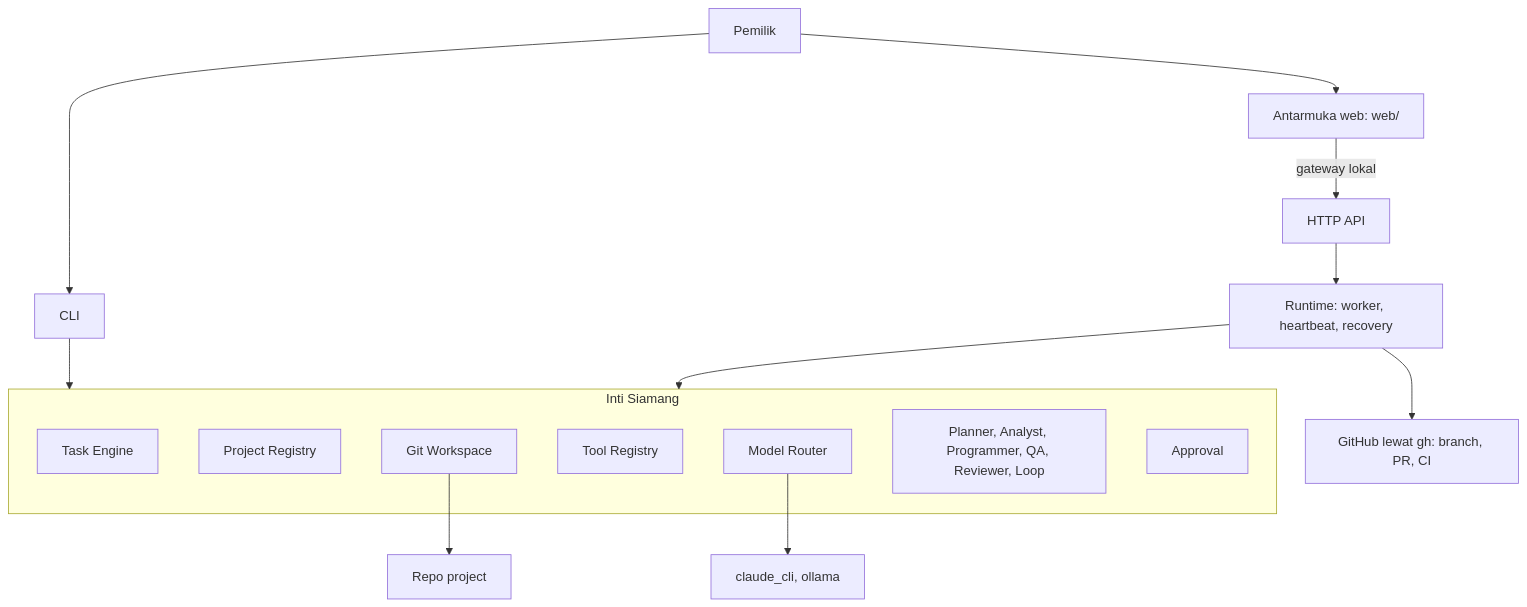
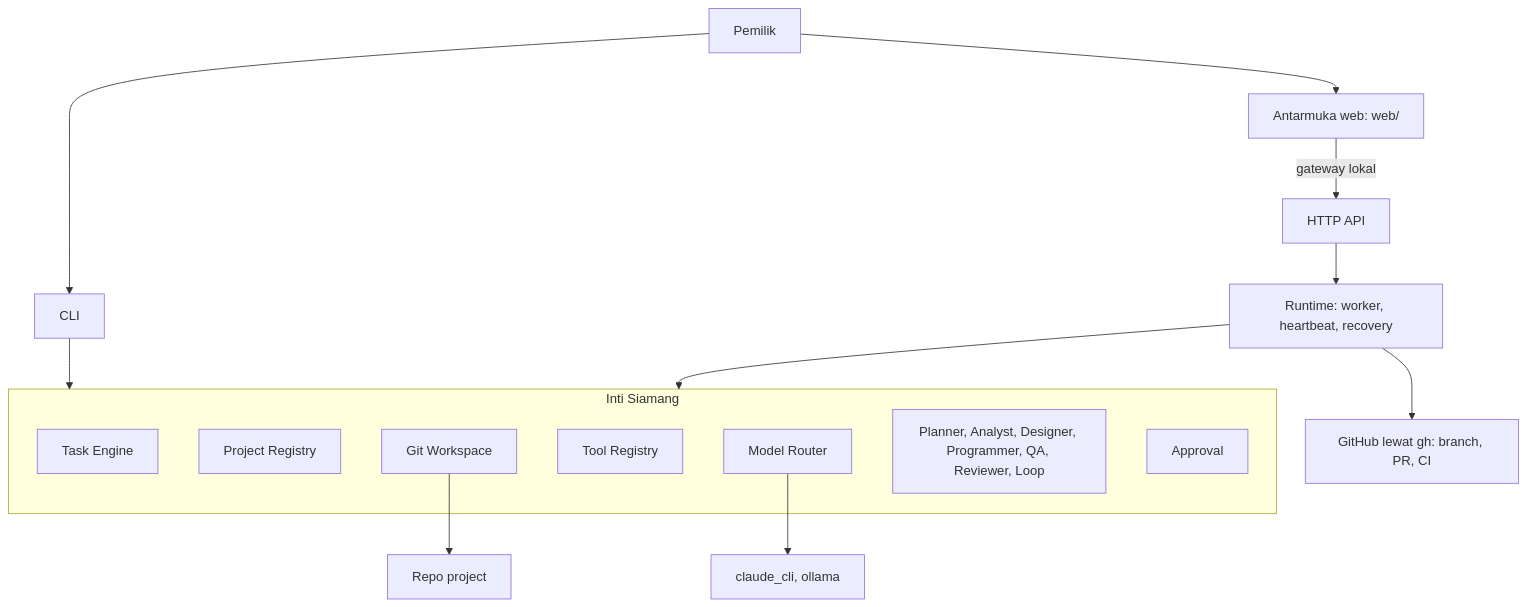
One commit to Rafie93/siamang-ai changed the diagram in docs/ARCHITECTURE.md. Above: the diagram before and after it, drawn with Mermaid. The commit also changed other lines of this file and 35 other files, not shown here.

First line of the commit message:
Designer (UI/UX) agent between the Architect and the design gate

````diff
--- a/docs/ARCHITECTURE.md
+++ b/docs/ARCHITECTURE.md
@@ -23,21 +23,21 @@
 ```mermaid
 flowchart TD
   U[Pemilik] --> V[Antarmuka web: web/]
   U --> CLI[CLI]
   V -->|gateway lokal| API[HTTP API]
   CLI --> CORE
   API --> RT[Runtime: worker, heartbeat, recovery]
   RT --> CORE
   subgraph CORE[Inti Siamang]
     TE[Task Engine]
     PR[Project Registry]
     GW[Git Workspace]
     TR[Tool Registry]
     MR[Model Router]
-    AG[Planner, Analyst, Programmer, QA, Reviewer, Loop]
+    AG[Planner, Analyst, Designer, Programmer, QA, Reviewer, Loop]
     AP[Approval]
   end
   RT --> GH[GitHub lewat gh: branch, PR, CI]
   MR --> M[claude_cli, ollama]
   GW --> RP[Repo project]
 ```
````
